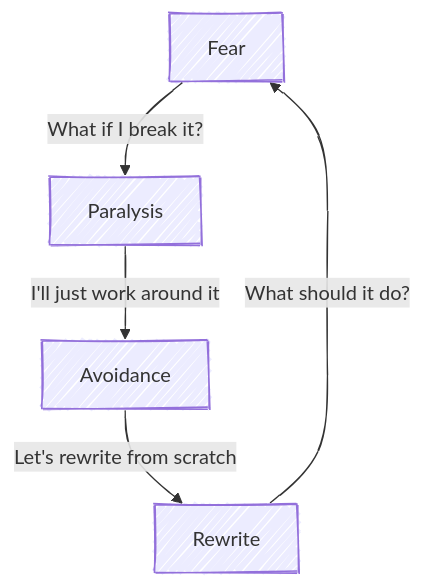
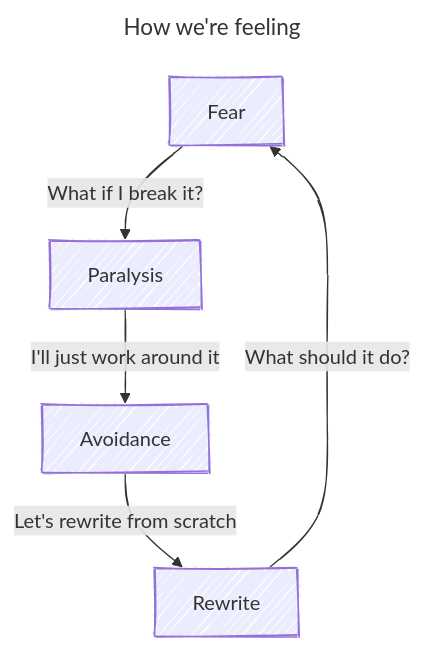
One commit to CodeYourFuture/curriculum changed the first of 2 diagrams in common-content/en/module/legacy/fear/index.md. Above: the diagram before and after it, drawn with Mermaid. The commit also changed other lines of this file and 6 other files, not shown here.

````diff
--- a/common-content/en/module/legacy/fear/index.md
+++ b/common-content/en/module/legacy/fear/index.md
@@ -17,12 +17,13 @@
 ```mermaid
 ---
+title: How we're feeling
 config:
   look: handDrawn
 ---
 graph TD
     Fear -->|What if I break it?| Paralysis
     Paralysis -->|I'll just work around it| Avoidance
     Avoidance -->|Let's rewrite from scratch| Rewrite
     Rewrite -->|What should it do?| Fear
 
 ```
````
